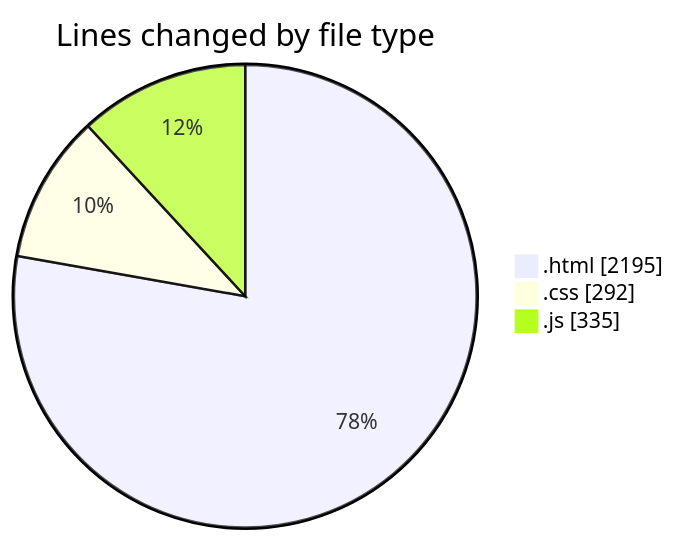
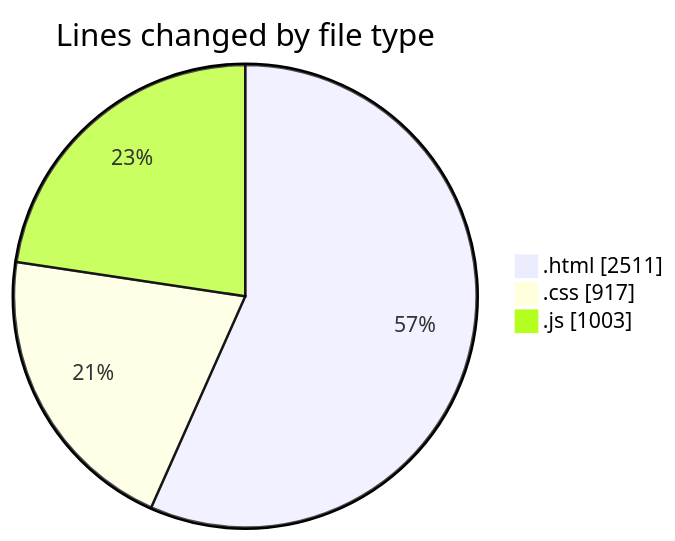
The first of 2 diagrams in 2025-05-24/projects/README.md (Ritupan-Deka/code-tracking), drawn with Mermaid before and after one commit. The commit also changed other lines of this file and 1 other file, not shown here.

````diff
--- a/2025-05-24/projects/README.md
+++ b/2025-05-24/projects/README.md
@@ -23,7 +23,7 @@
 ```mermaid
 pie showData
 title Lines changed by file type
-".html" : 2195
-".css" : 292
-".js" : 335
+".html" : 2511
+".css" : 917
+".js" : 1003
 ```
````
